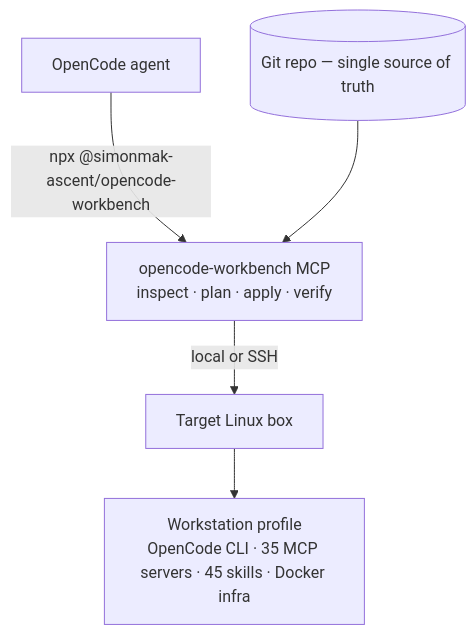
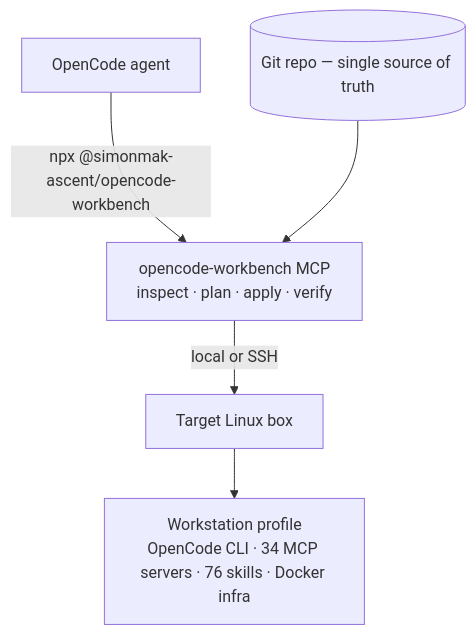
The first of 3 diagrams in README.md (simonmak-ascent/opencode-workbench), drawn with Mermaid before and after one commit. The commit also changed other lines of this file and 4 other files, not shown here.

````diff
--- a/README.md
+++ b/README.md
@@ -72,7 +72,7 @@
 ```mermaid
 flowchart TB
   AGENT["OpenCode agent"] -->|"npx @simonmak-ascent/opencode-workbench"| MCP["opencode-workbench MCP<br/>inspect · plan · apply · verify"]
   REPO[("Git repo — single source of truth")] --> MCP
   MCP -->|"local or SSH"| BOX["Target Linux box"]
-  BOX --> PROF["Workstation profile<br/>OpenCode CLI · 35 MCP servers · 45 skills · Docker infra"]
+  BOX --> PROF["Workstation profile<br/>OpenCode CLI · 34 MCP servers · 76 skills · Docker infra"]
 ```
````
